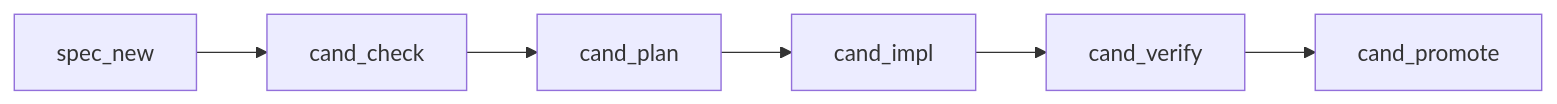
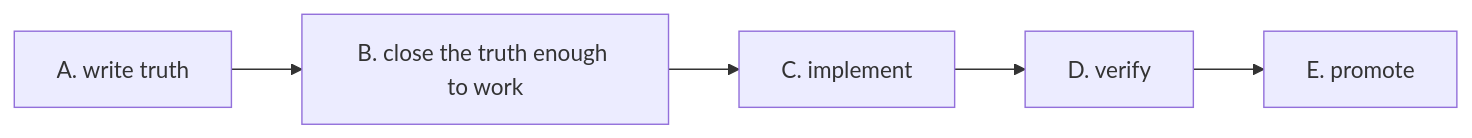
The third of 7 diagrams in README.md (mfblog/specflow), drawn with Mermaid before and after one commit. The commit also changed other lines of this file and 1 other file, not shown here.

````diff
--- a/README.md
+++ b/README.md
@@ -475,8 +366,7 @@
 ```mermaid
 flowchart LR
-    A["spec_new"] --> B["cand_check"]
-    B --> C["cand_plan"]
-    C --> D["cand_impl"]
-    D --> E["cand_verify"]
-    E --> F["cand_promote"]
+    A["A. write truth"] --> B["B. close the truth enough to work"]
+    B --> C["C. implement"]
+    C --> D["D. verify"]
+    D --> E["E. promote"]
 ```
````
